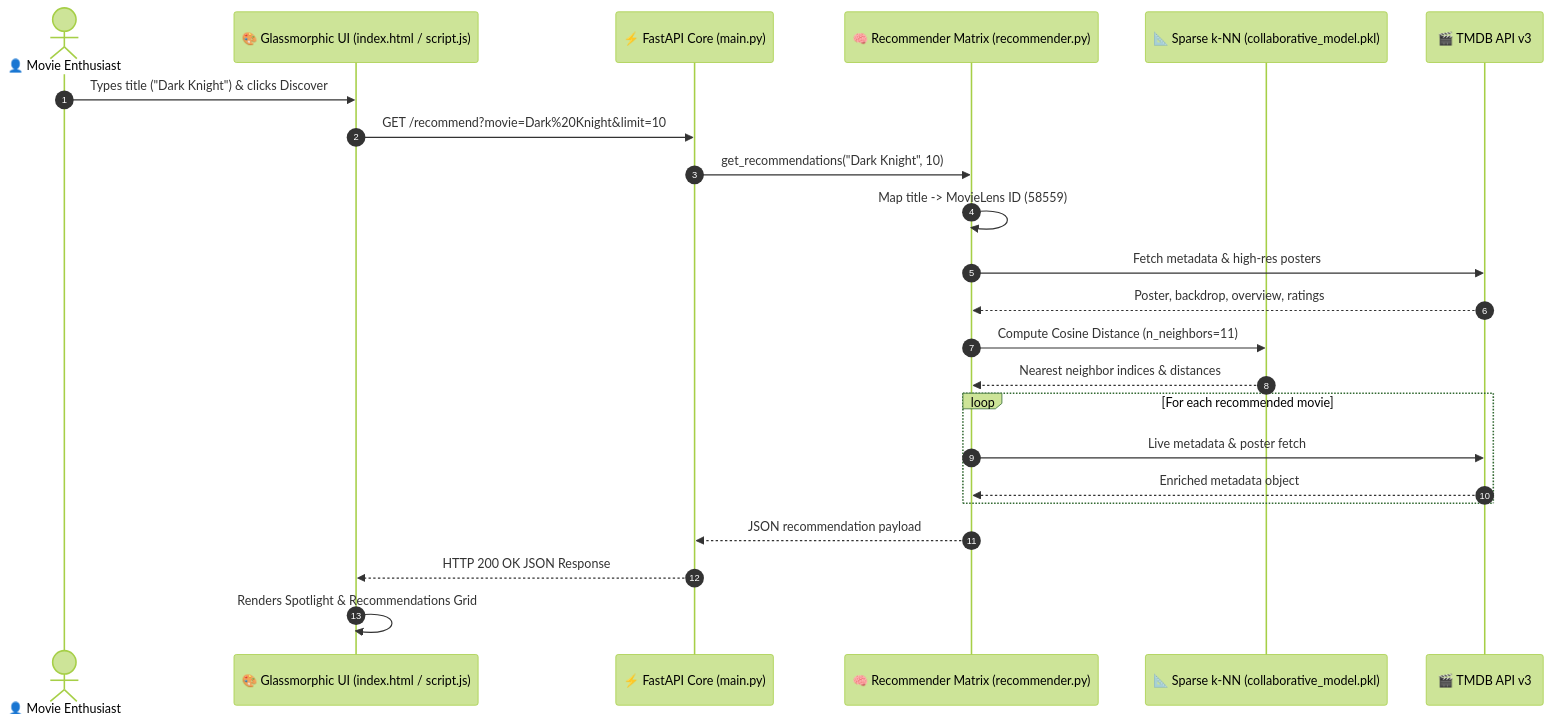
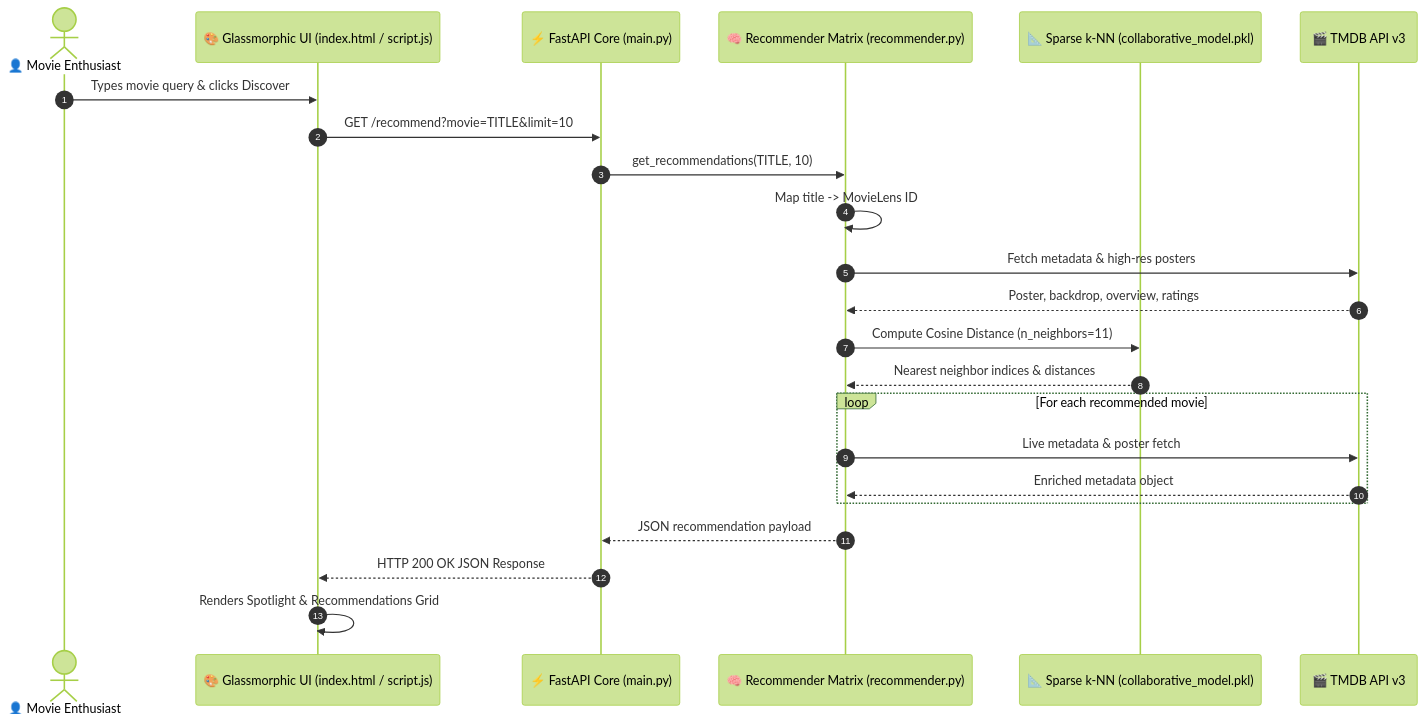
Before and after one commit to Nersu-Abhinav/CineMatch-AI: the diagram in README.md, drawn with Mermaid (forest theme). The commit also changed other lines of this file, not shown here.

Commit message:
Create unique graphical movie-themed README with curated movie showcase cards, cyber tech matrix, and interactive footer

````diff
--- a/README.md
+++ b/README.md
@@ -76,26 +122,26 @@
 ```mermaid
 sequenceDiagram
     autonumber
     actor User as 👤 Movie Enthusiast
     participant UI as 🎨 Glassmorphic UI (index.html / script.js)
     participant API as ⚡ FastAPI Core (main.py)
     participant Rec as 🧠 Recommender Matrix (recommender.py)
     participant Model as 📐 Sparse k-NN (collaborative_model.pkl)
     participant TMDB as 🎬 TMDB API v3
 
-    User->>UI: Types title ("Dark Knight") & clicks Discover
-    UI->>API: GET /recommend?movie=Dark%20Knight&limit=10
-    API->>Rec: get_recommendations("Dark Knight", 10)
-    Rec->>Rec: Map title -> MovieLens ID (58559)
+    User->>UI: Types movie query & clicks Discover
+    UI->>API: GET /recommend?movie=TITLE&limit=10
+    API->>Rec: get_recommendations(TITLE, 10)
+    Rec->>Rec: Map title -> MovieLens ID
     Rec->>TMDB: Fetch metadata & high-res posters
     TMDB-->>Rec: Poster, backdrop, overview, ratings
     Rec->>Model: Compute Cosine Distance (n_neighbors=11)
     Model-->>Rec: Nearest neighbor indices & distances
     loop For each recommended movie
         Rec->>TMDB: Live metadata & poster fetch
         TMDB-->>Rec: Enriched metadata object
     end
     Rec-->>API: JSON recommendation payload
     API-->>UI: HTTP 200 OK JSON Response
     UI->>UI: Renders Spotlight & Recommendations Grid
 ```
````
